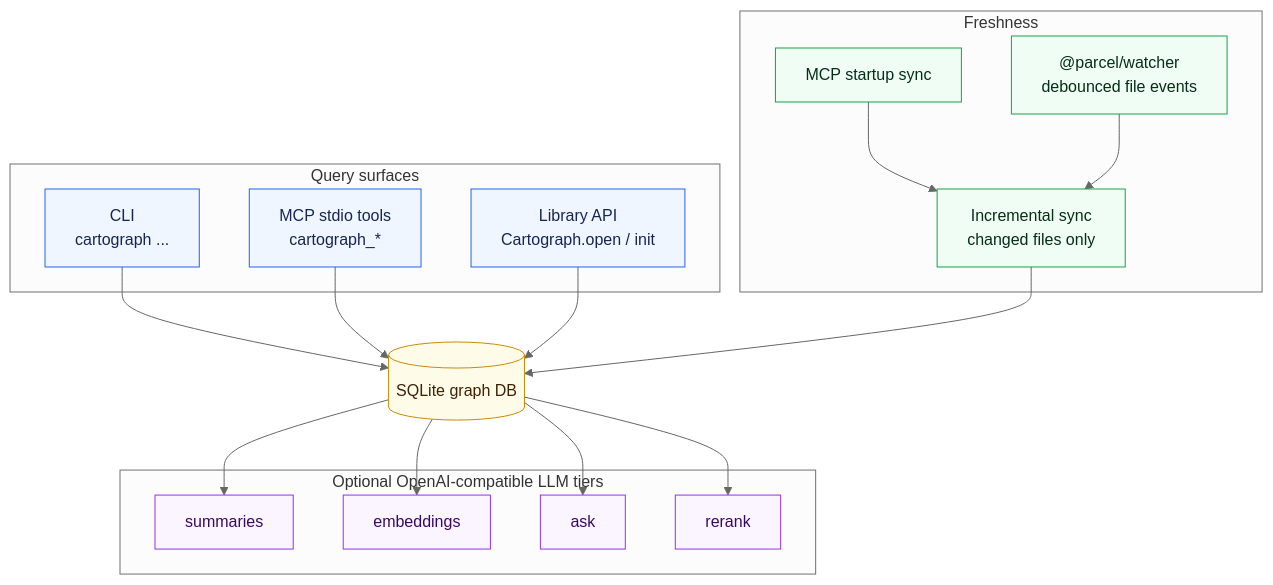
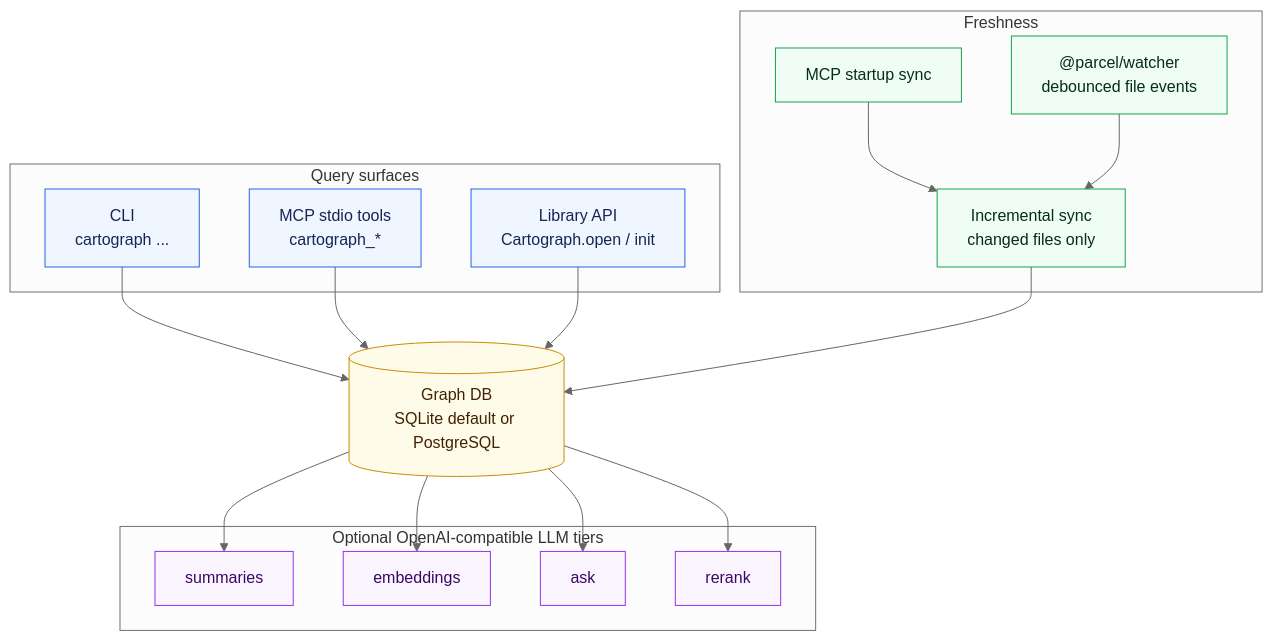
One commit to adder-factory/Cartograph changed the second of 2 diagrams in README.md. Above: the diagram before and after it, drawn with Mermaid (neutral theme). The commit also changed other lines of this file and 67 other files, not shown here.

Commit message:
Add PostgreSQL storage with pgvector acceleration

````diff
--- a/README.md
+++ b/README.md
@@ -375,42 +377,42 @@
 ```mermaid
 flowchart TB
-  db[("SQLite graph DB")]
+  db[("Graph DB<br/>SQLite default or PostgreSQL")]
 
   subgraph surfaces["Query surfaces"]
     cli["CLI<br/>cartograph ..."]
     mcp["MCP stdio tools<br/>cartograph_*"]
     api["Library API<br/>Cartograph.open / init"]
   end
 
   subgraph freshness["Freshness"]
     startup["MCP startup sync"]
     watcher["@parcel/watcher<br/>debounced file events"]
     sync["Incremental sync<br/>changed files only"]
   end
 
   subgraph llm["Optional OpenAI-compatible LLM tiers"]
     summaries["summaries"]
     embeddings["embeddings"]
     ask["ask"]
     rerank["rerank"]
   end
 
   cli --> db
   mcp --> db
   api --> db
   startup --> sync --> db
   watcher --> sync
   db --> summaries
   db --> embeddings
   db --> ask
   db --> rerank
 
   classDef db fill:#fefce8,stroke:#ca8a04,color:#422006
   classDef surface fill:#eff6ff,stroke:#2563eb,color:#172554
   classDef fresh fill:#f0fdf4,stroke:#16a34a,color:#052e16
   classDef optional fill:#faf5ff,stroke:#9333ea,color:#3b0764
   class db db
   class cli,mcp,api surface
   class startup,watcher,sync fresh
   class summaries,embeddings,ask,rerank optional
 ```
````
